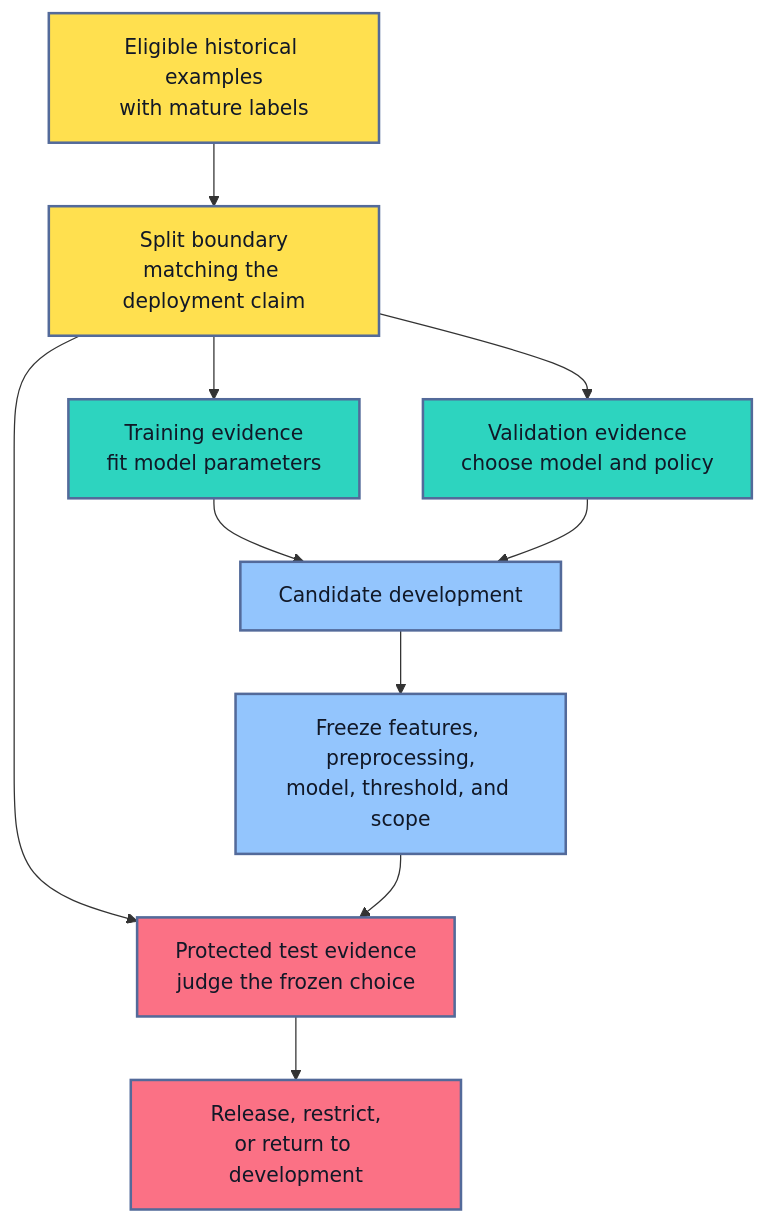
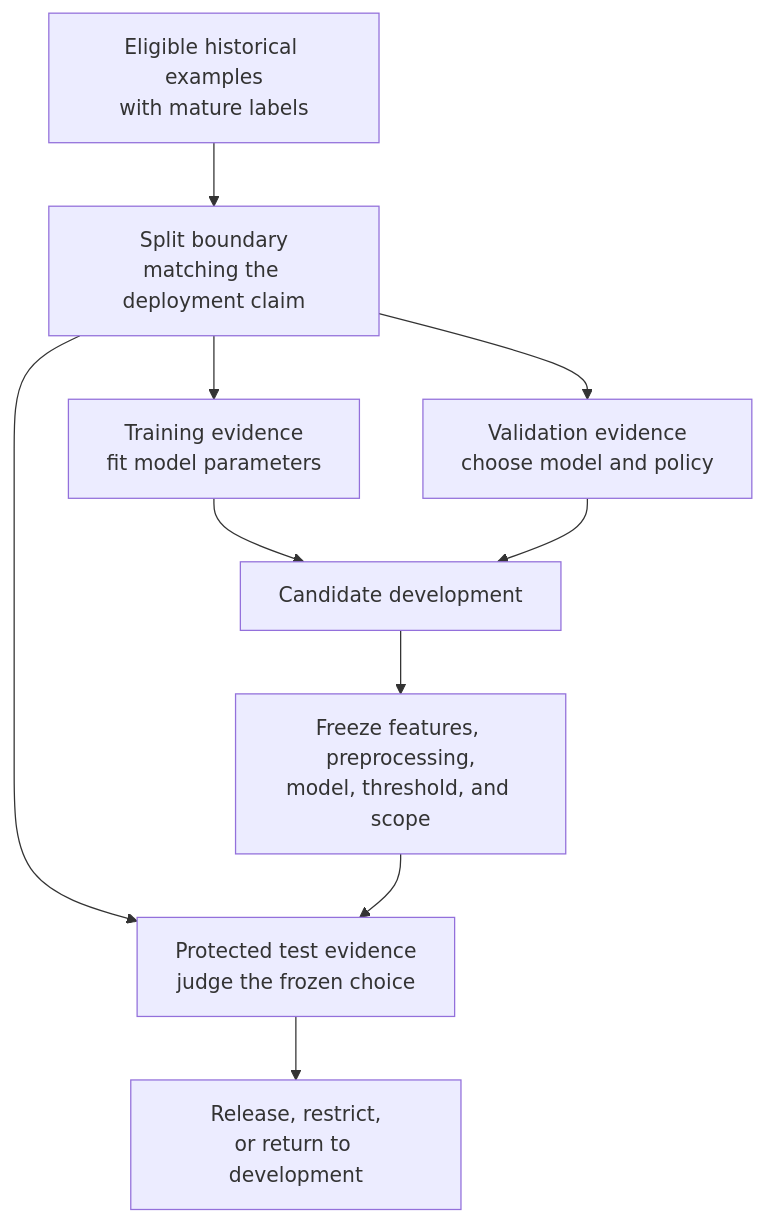
The first of 6 diagrams in roadmaps/mlops/modules/data-for-ml-systems/training-data-basics/02-train-validation-test-splits.md (senlinyy/dev-roadmaps), drawn with Mermaid before and after one commit. The commit also changed other lines of this file and 152 other files, not shown here.

Commit message:
feat: mlops and diagrams updated

````diff
--- a/roadmaps/mlops/modules/data-for-ml-systems/training-data-basics/02-train-validation-test-splits.md
+++ b/roadmaps/mlops/modules/data-for-ml-systems/training-data-basics/02-train-validation-test-splits.md
@@ -41,21 +41,17 @@
 ```mermaid
 flowchart TD
     D["Eligible historical examples<br/>with mature labels"] --> B["Split boundary<br/>matching the deployment claim"]
     B --> T["Training evidence<br/>fit model parameters"]
     B --> V["Validation evidence<br/>choose model and policy"]
     B --> E["Protected test evidence<br/>judge the frozen choice"]
     T --> C["Candidate development"]
     V --> C
     C --> F["Freeze features, preprocessing,<br/>model, threshold, and scope"]
     F --> E
     E --> R["Release, restrict,<br/>or return to development"]
 
-    classDef yellow fill:#FFE04F,stroke:#536A9A,color:#111827,stroke-width:2px;
-    classDef teal fill:#2DD4BF,stroke:#536A9A,color:#111827,stroke-width:2px;
-    classDef blue fill:#93C5FD,stroke:#536A9A,color:#111827,stroke-width:2px;
-    classDef pink fill:#FB7185,stroke:#536A9A,color:#111827,stroke-width:2px;
     class D,B yellow;
     class T,V teal;
     class C,F blue;
     class E,R pink;
 ```
````
